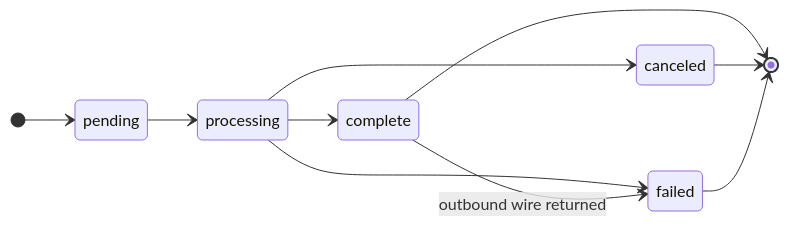
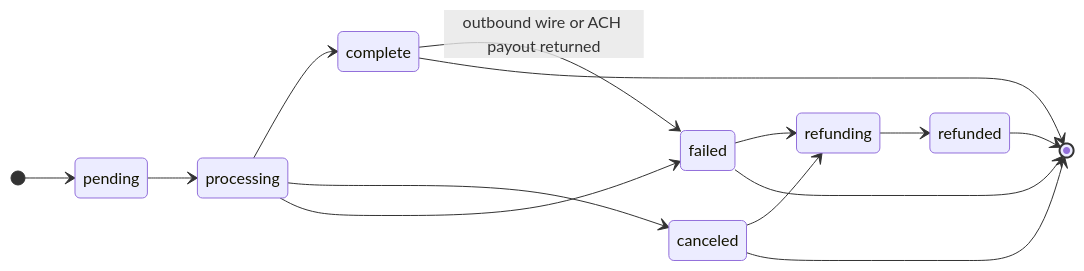
The diagram in documentation/platform/transfer-timing.mdx (Brale-xyz/docs), drawn with Mermaid before and after one commit. The commit also changed other lines of this file and 19 other files, not shown here.

````diff
--- a/documentation/platform/transfer-timing.mdx
+++ b/documentation/platform/transfer-timing.mdx
@@ -159,13 +159,17 @@
 ```mermaid
 stateDiagram-v2
     direction LR
     [*] --> pending
     pending --> processing
     processing --> complete
     processing --> canceled
     processing --> failed
-    complete --> failed: outbound wire returned
+    complete --> failed: outbound wire or ACH payout returned
+    failed --> refunding
+    canceled --> refunding
+    refunding --> refunded
     complete --> [*]
     canceled --> [*]
     failed --> [*]
+    refunded --> [*]
 ```
````
